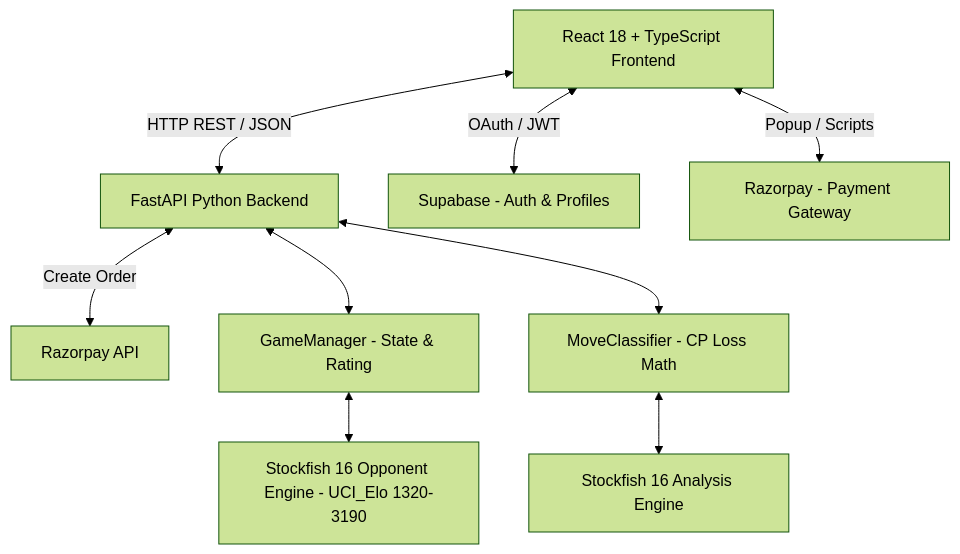
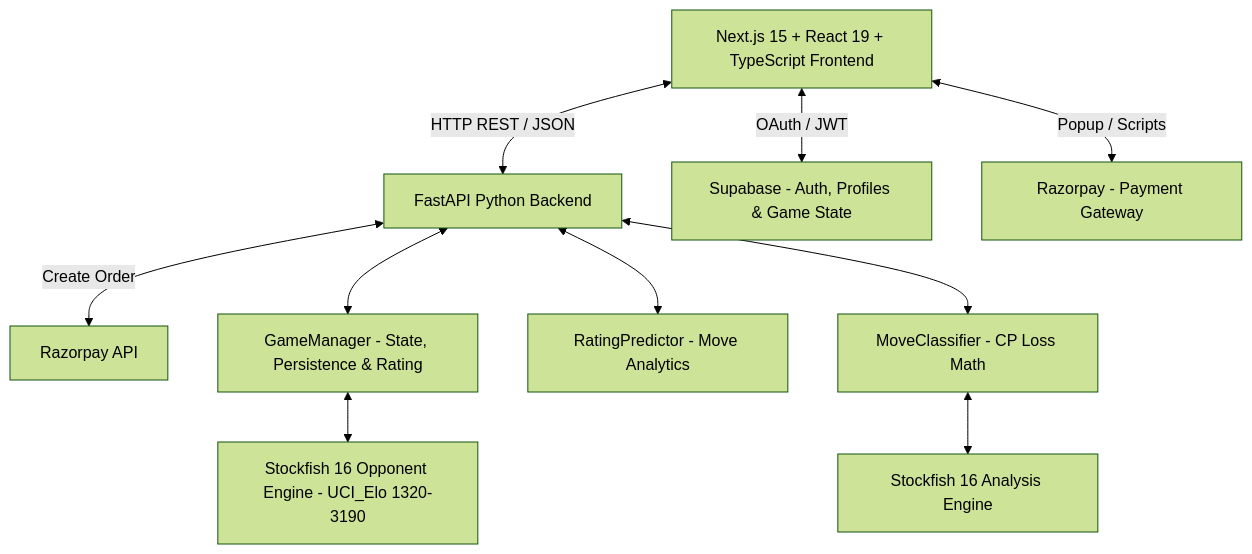
Before and after one commit to janhavi-28/chess-game: the first of 6 diagrams in ARCHITECTURE.md, drawn with Mermaid (forest theme). The commit also changed other lines of this file and 26 other files, not shown here.

````diff
--- a/ARCHITECTURE.md
+++ b/ARCHITECTURE.md
@@ -11,11 +11,12 @@
 ```mermaid
 graph TD
-    Client[React 18 + TypeScript Frontend] <-->|HTTP REST / JSON| API[FastAPI Python Backend]
-    Client <-->|OAuth / JWT| Supabase[Supabase - Auth & Profiles]
+    Client[Next.js 15 + React 19 + TypeScript Frontend] <-->|HTTP REST / JSON| API[FastAPI Python Backend]
+    Client <-->|OAuth / JWT| Supabase[Supabase - Auth, Profiles & Game State]
     Client <-->|Popup / Scripts| Razorpay[Razorpay - Payment Gateway]
     API <-->|Create Order| RazorpayAPI[Razorpay API]
-    API <--> Manager[GameManager - State & Rating]
+    API <--> Manager[GameManager - State, Persistence & Rating]
+    API <--> Analytics[RatingPredictor - Move Analytics]
     API <--> Classifier[MoveClassifier - CP Loss Math]
     Classifier <--> Engine[Stockfish 16 Analysis Engine]
     Manager <--> OpponentEngine[Stockfish 16 Opponent Engine - UCI_Elo 1320-3190]
 ```
````
